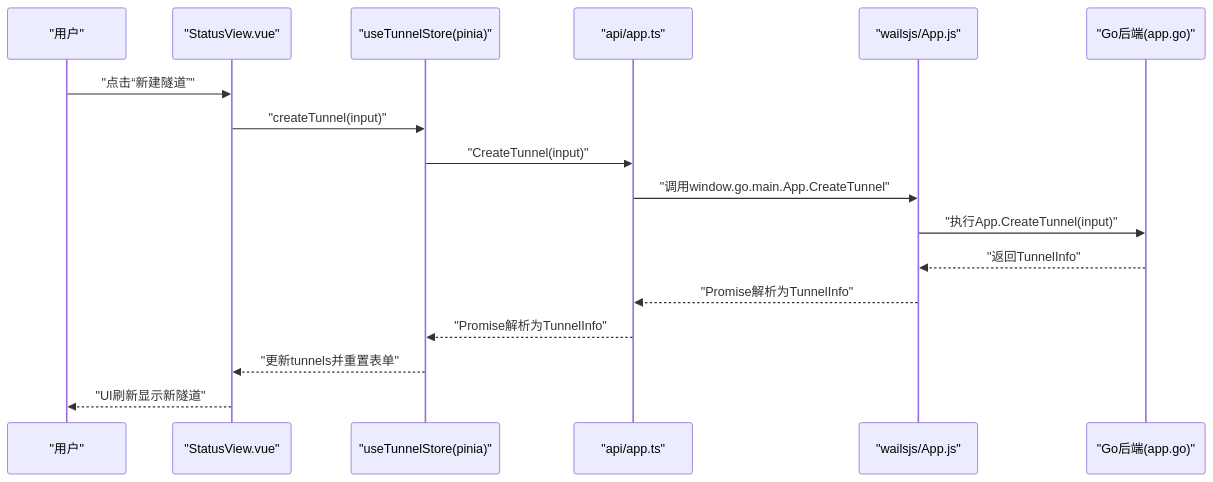
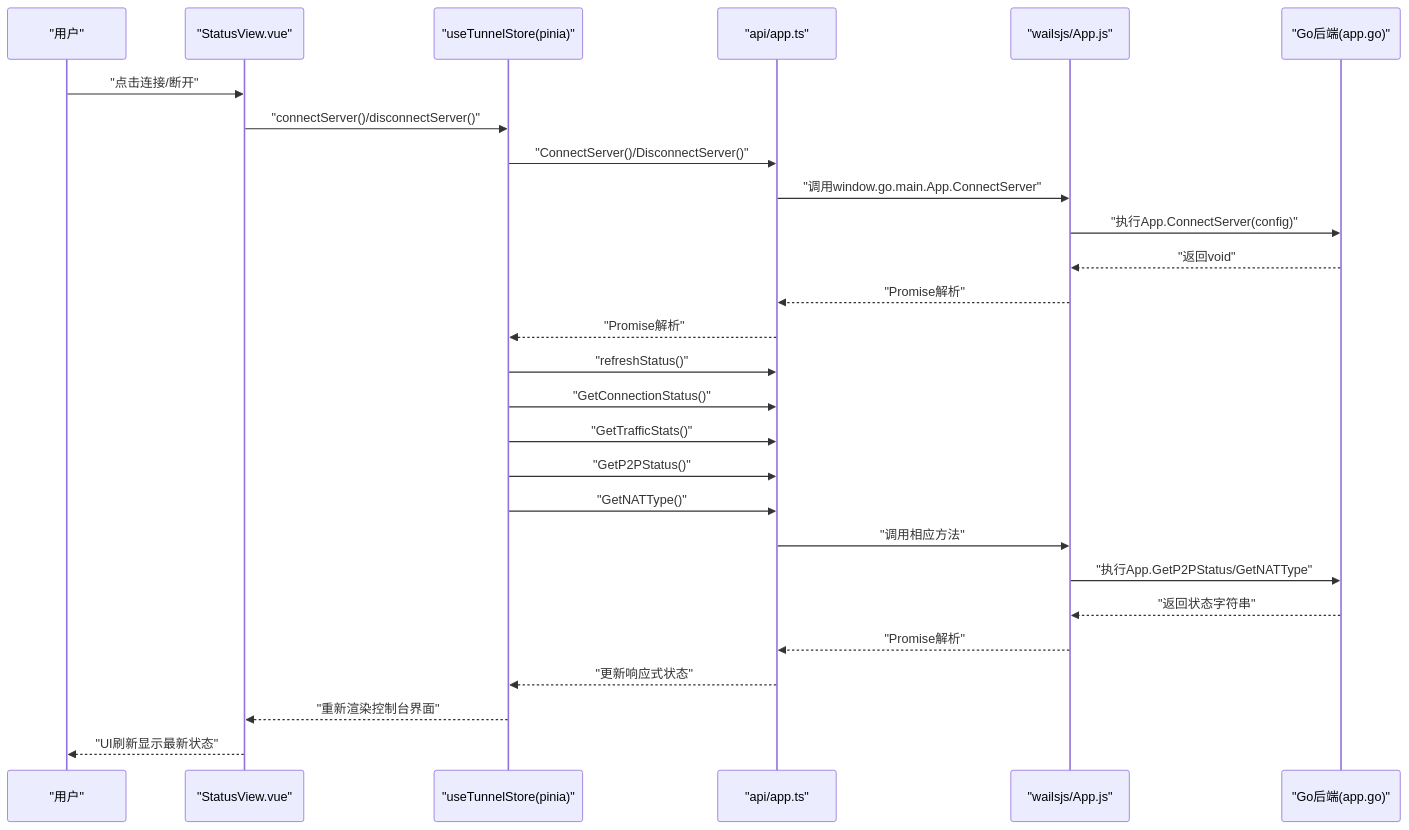
One commit to itsharex/NexTunnel changed the second of 7 diagrams in .qoder/repowiki/zh/content/桌面端应用/前端界面系统.md. Above: the diagram before and after it, drawn with Mermaid. The commit also changed other lines of this file and 32 other files, not shown here.

````diff
--- a/.qoder/repowiki/zh/content/桌面端应用/前端界面系统.md
+++ b/.qoder/repowiki/zh/content/桌面端应用/前端界面系统.md
@@ -84,19 +94,29 @@
 ```mermaid
 sequenceDiagram
 participant U as "用户"
 participant V as "StatusView.vue"
 participant S as "useTunnelStore(pinia)"
 participant A as "api/app.ts"
 participant W as "wailsjs/App.js"
 participant G as "Go后端(app.go)"
-U->>V : "点击“新建隧道”"
-V->>S : "createTunnel(input)"
-S->>A : "CreateTunnel(input)"
-A->>W : "调用window.go.main.App.CreateTunnel"
-W->>G : "执行App.CreateTunnel(input)"
-G-->>W : "返回TunnelInfo"
-W-->>A : "Promise解析为TunnelInfo"
-A-->>S : "Promise解析为TunnelInfo"
-S-->>V : "更新tunnels并重置表单"
-V-->>U : "UI刷新显示新隧道"
+U->>V : "点击连接/断开"
+V->>S : "connectServer()/disconnectServer()"
+S->>A : "ConnectServer()/DisconnectServer()"
+A->>W : "调用window.go.main.App.ConnectServer"
+W->>G : "执行App.ConnectServer(config)"
+G-->>W : "返回void"
+W-->>A : "Promise解析"
+A-->>S : "Promise解析"
+S->>A : "refreshStatus()"
+S->>A : "GetConnectionStatus()"
+S->>A : "GetTrafficStats()"
+S->>A : "GetP2PStatus()"
+S->>A : "GetNATType()"
+A->>W : "调用相应方法"
+W->>G : "执行App.GetP2PStatus/GetNATType"
+G-->>W : "返回状态字符串"
+W-->>A : "Promise解析"
+A-->>S : "更新响应式状态"
+S-->>V : "重新渲染控制台界面"
+V-->>U : "UI刷新显示最新状态"
 ```
````
